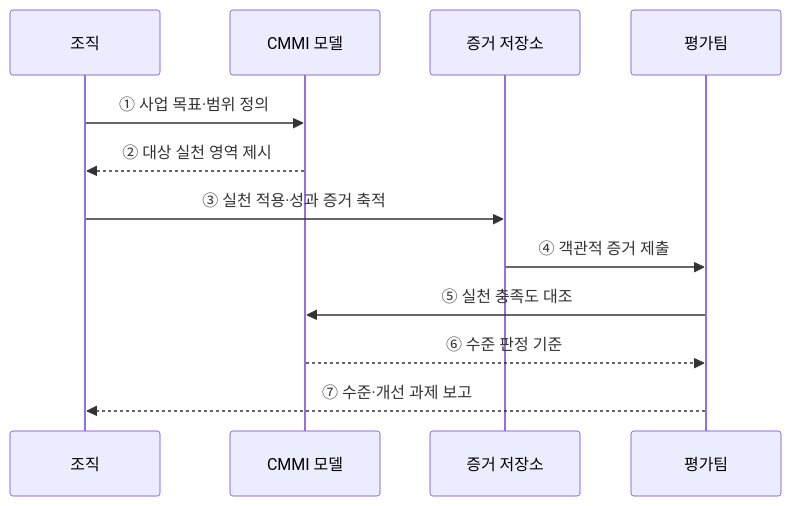
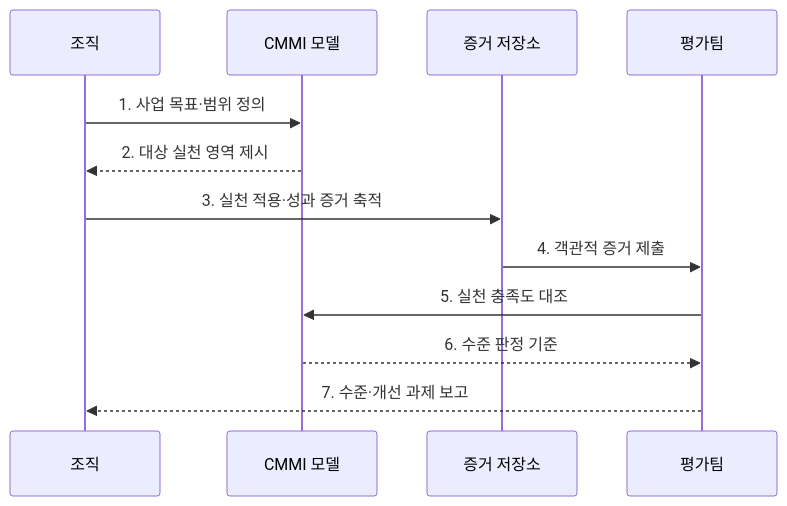
Before and after one commit to agnusdei1207/knowledge-base: the second of 2 diagrams in src/content/docs/notes/03-software/070_cmmi_maturity_model.md, drawn with Mermaid. The commit also changed other lines of this file and 20 other files, not shown here.

````diff
--- a/src/content/docs/notes/03-software/070_cmmi_maturity_model.md
+++ b/src/content/docs/notes/03-software/070_cmmi_maturity_model.md
@@ -69,14 +78,14 @@
 ```mermaid
 sequenceDiagram
     participant O as 조직
     participant M as CMMI 모델
     participant E as 증거 저장소
     participant A as 평가팀
-    O->>M: ① 사업 목표·범위 정의
-    M-->>O: ② 대상 실천 영역 제시
-    O->>E: ③ 실천 적용·성과 증거 축적
-    E->>A: ④ 객관적 증거 제출
-    A->>M: ⑤ 실천 충족도 대조
-    M-->>A: ⑥ 수준 판정 기준
-    A-->>O: ⑦ 수준·개선 과제 보고
+    O->>M: 1. 사업 목표·범위 정의
+    M-->>O: 2. 대상 실천 영역 제시
+    O->>E: 3. 실천 적용·성과 증거 축적
+    E->>A: 4. 객관적 증거 제출
+    A->>M: 5. 실천 충족도 대조
+    M-->>A: 6. 수준 판정 기준
+    A-->>O: 7. 수준·개선 과제 보고
 ```
````
